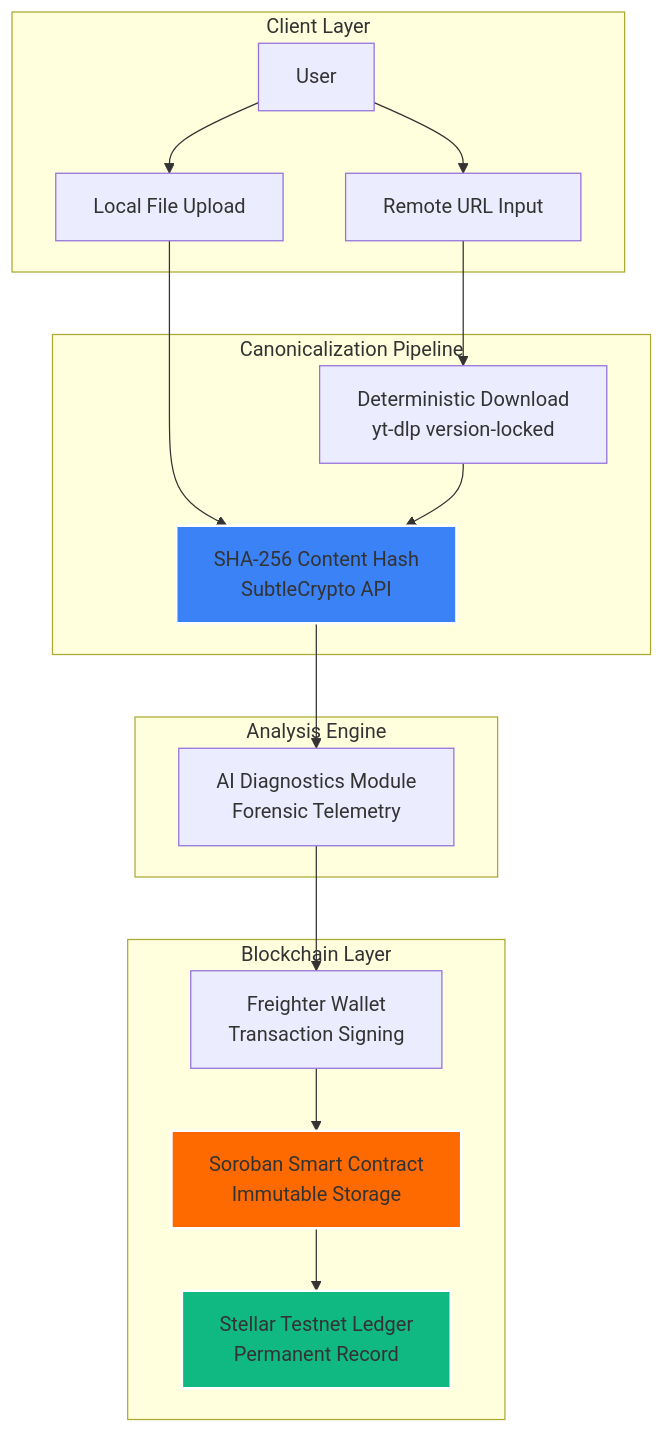
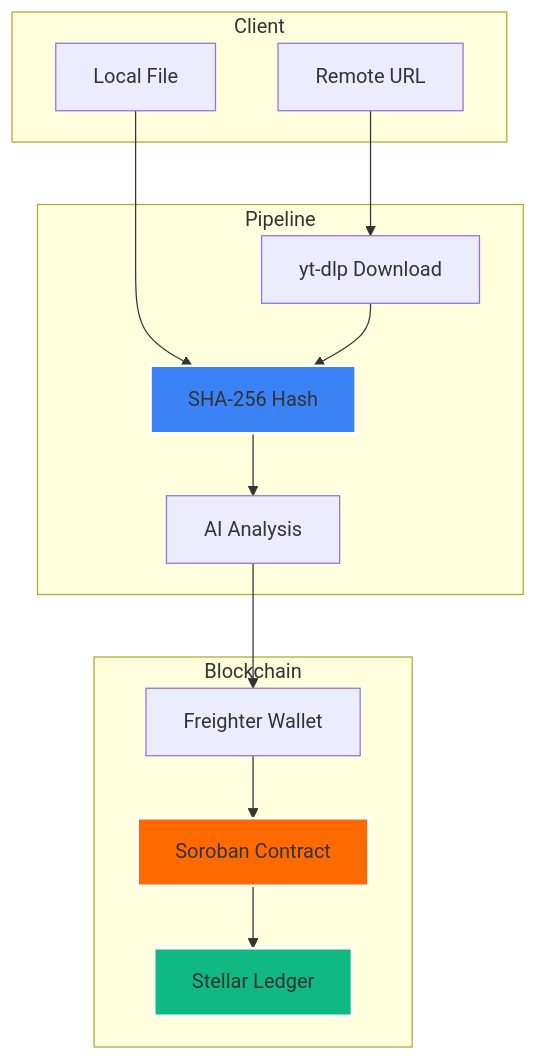
Before and after one commit to tunisch/AuthentiScan: the diagram in README.md, drawn with Mermaid. The commit also changed other lines of this file and 3 other files, not shown here.

````diff
--- a/README.md
+++ b/README.md
@@ -27,37 +35,27 @@
 ```mermaid
 graph TD
-    subgraph "Client Layer"
-        U[User]
-        LF[Local File Upload]
-        RU[Remote URL Input]
+    subgraph "Client"
+        LF[Local File]
+        RU[Remote URL]
     end
 
-    subgraph "Canonicalization Pipeline"
-        DL[Deterministic Download<br/>yt-dlp version-locked]
-        CH[SHA-256 Content Hash<br/>SubtleCrypto API]
+    subgraph "Pipeline"
+        DL[yt-dlp Download]
+        CH[SHA-256 Hash]
+        AI[AI Analysis]
     end
 
-    subgraph "Analysis Engine"
-        AI[AI Diagnostics Module<br/>Forensic Telemetry]
+    subgraph "Blockchain"
+        FW[Freighter Wallet]
+        SC[Soroban Contract]
+        SL[Stellar Ledger]
     end
 
-    subgraph "Blockchain Layer"
-        FW[Freighter Wallet<br/>Transaction Signing]
-        SC[Soroban Smart Contract<br/>Immutable Storage]
-        SL[Stellar Testnet Ledger<br/>Permanent Record]
-    end
-
-    U --> LF
-    U --> RU
     LF --> CH
-    RU --> DL
-    DL --> CH
-    CH --> AI
-    AI --> FW
-    FW --> SC
-    SC --> SL
+    RU --> DL --> CH
+    CH --> AI --> FW --> SC --> SL
 
     style SC fill:#ff6a00,stroke:#fff,stroke-width:2px
     style SL fill:#10b981,stroke:#fff,stroke-width:2px
     style CH fill:#3b82f6,stroke:#fff,stroke-width:2px
 ```
````
